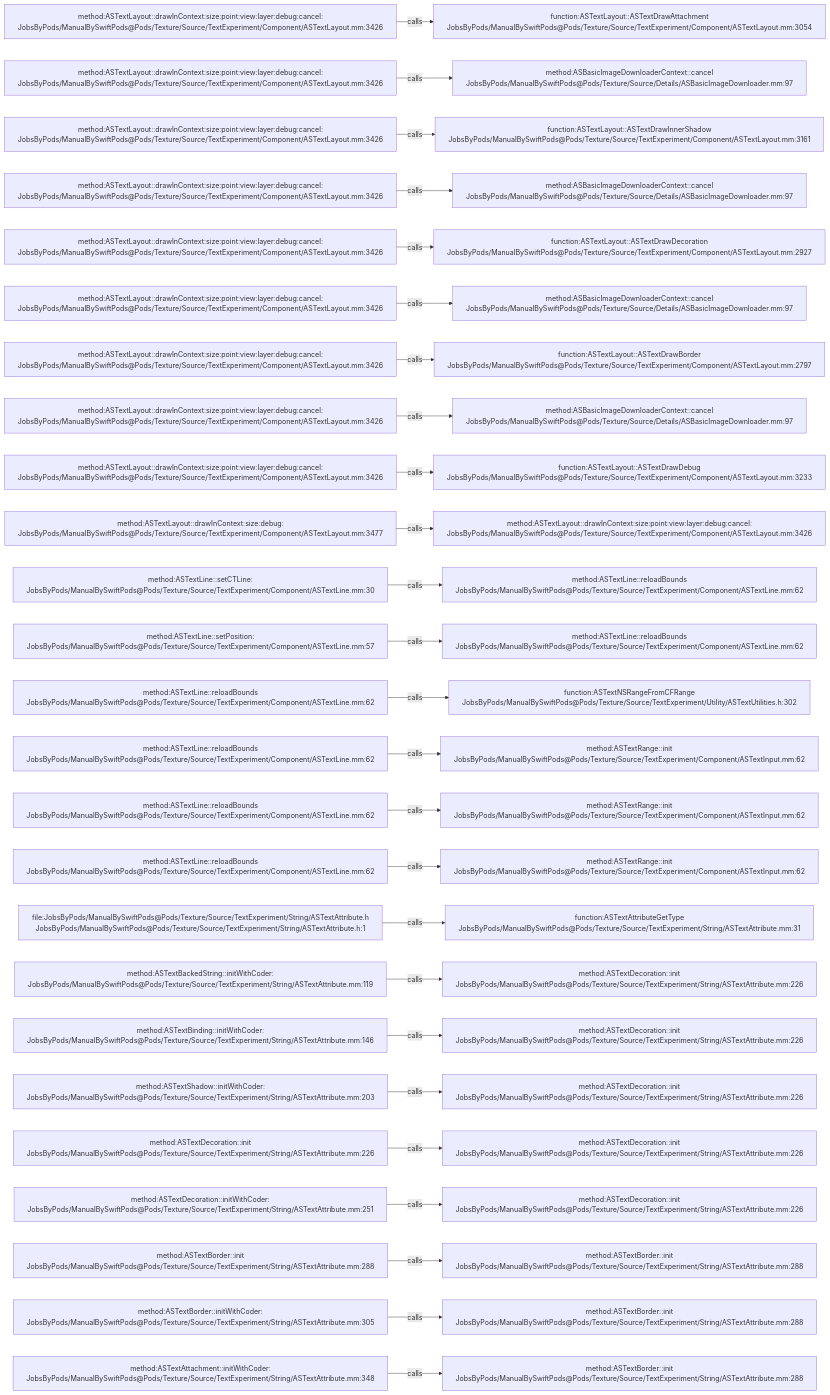
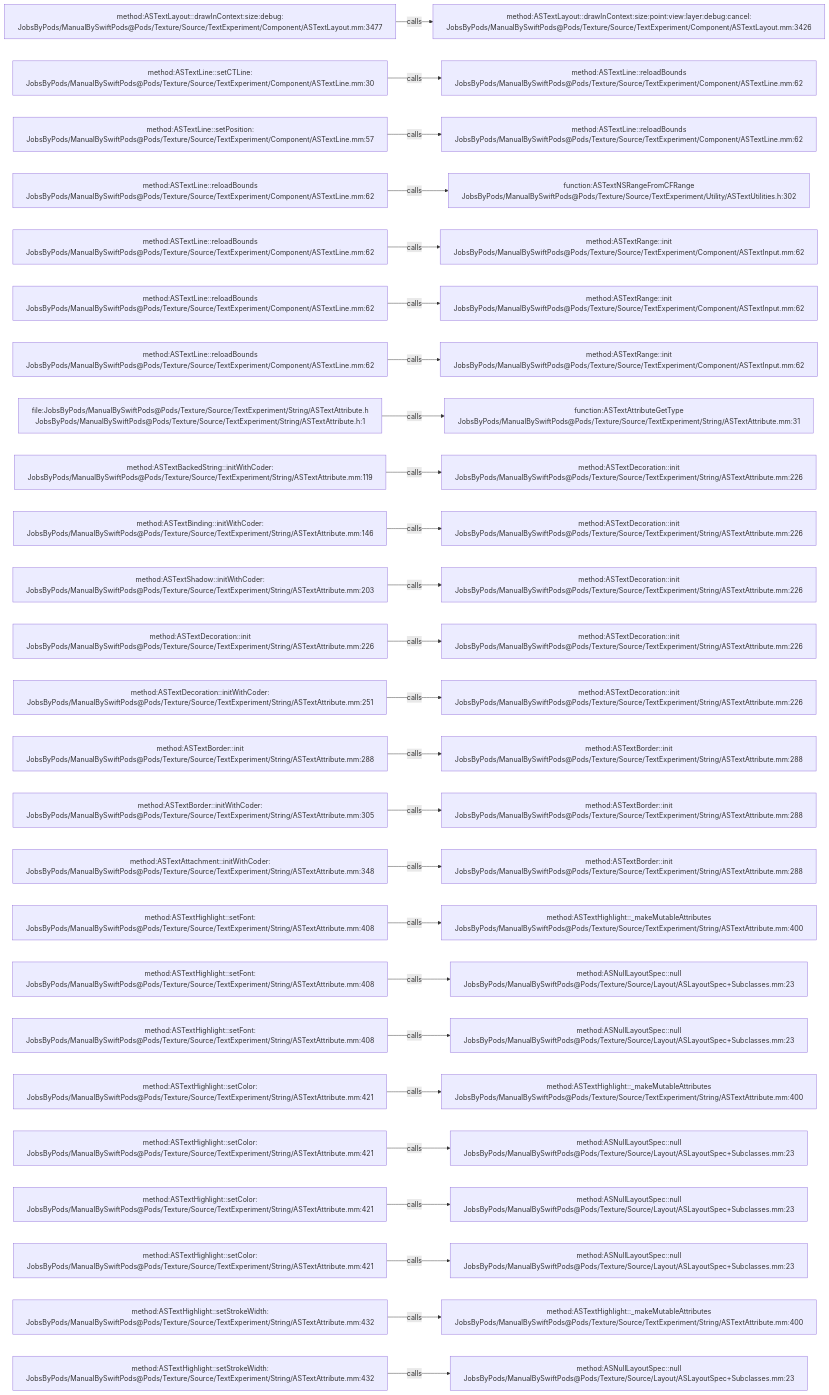
The diagram in .codegraph/codegraph.md/graphs/calls-138.md (JobsKits/JobsSwiftBaseConfigDemo), drawn with Mermaid before and after one commit. The commit also changed 707 other files, not shown here.

````diff
--- a/.codegraph/codegraph.md/graphs/calls-138.md
+++ b/.codegraph/codegraph.md/graphs/calls-138.md
@@ -13,78 +13,78 @@
 ```mermaid
 flowchart LR
-  S1["method:ASTextLayout::drawInContext:size:point:view:layer:debug:cancel:<br/>JobsByPods/ManualBySwiftPods@Pods/Texture/Source/TextExperiment/Component/ASTextLayout.mm:3426"]
-  T1["function:ASTextLayout::ASTextDrawAttachment<br/>JobsByPods/ManualBySwiftPods@Pods/Texture/Source/TextExperiment/Component/ASTextLayout.mm:3054"]
+  S1["method:ASTextLayout::drawInContext:size:debug:<br/>JobsByPods/ManualBySwiftPods@Pods/Texture/Source/TextExperiment/Component/ASTextLayout.mm:3477"]
+  T1["method:ASTextLayout::drawInContext:size:point:view:layer:debug:cancel:<br/>JobsByPods/ManualBySwiftPods@Pods/Texture/Source/TextExperiment/Component/ASTextLayout.mm:3426"]
   S1 -->|calls| T1
-  S2["method:ASTextLayout::drawInContext:size:point:view:layer:debug:cancel:<br/>JobsByPods/ManualBySwiftPods@Pods/Texture/Source/TextExperiment/Component/ASTextLayout.mm:3426"]
-  T2["method:ASBasicImageDownloaderContext::cancel<br/>JobsByPods/ManualBySwiftPods@Pods/Texture/Source/Details/ASBasicImageDownloader.mm:97"]
+  S2["method:ASTextLine::setCTLine:<br/>JobsByPods/ManualBySwiftPods@Pods/Texture/Source/TextExperiment/Component/ASTextLine.mm:30"]
+  T2["method:ASTextLine::reloadBounds<br/>JobsByPods/ManualBySwiftPods@Pods/Texture/Source/TextExperiment/Component/ASTextLine.mm:62"]
   S2 -->|calls| T2
-  S3["method:ASTextLayout::drawInContext:size:point:view:layer:debug:cancel:<br/>JobsByPods/ManualBySwiftPods@Pods/Texture/Source/TextExperiment/Component/ASTextLayout.mm:3426"]
-  T3["function:ASTextLayout::ASTextDrawInnerShadow<br/>JobsByPods/ManualBySwiftPods@Pods/Texture/Source/TextExperiment/Component/ASTextLayout.mm:3161"]
+  S3["method:ASTextLine::setPosition:<br/>JobsByPods/ManualBySwiftPods@Pods/Texture/Source/TextExperiment/Component/ASTextLine.mm:57"]
+  T3["method:ASTextLine::reloadBounds<br/>JobsByPods/ManualBySwiftPods@Pods/Texture/Source/TextExperiment/Component/ASTextLine.mm:62"]
   S3 -->|calls| T3
-  S4["method:ASTextLayout::drawInContext:size:point:view:layer:debug:cancel:<br/>JobsByPods/ManualBySwiftPods@Pods/Texture/Source/TextExperiment/Component/ASTextLayout.mm:3426"]
-  T4["method:ASBasicImageDownloaderContext::cancel<br/>JobsByPods/ManualBySwiftPods@Pods/Texture/Source/Details/ASBasicImageDownloader.mm:97"]
+  S4["method:ASTextLine::reloadBounds<br/>JobsByPods/ManualBySwiftPods@Pods/Texture/Source/TextExperiment/Component/ASTextLine.mm:62"]
+  T4["function:ASTextNSRangeFromCFRange<br/>JobsByPods/ManualBySwiftPods@Pods/Texture/Source/TextExperiment/Utility/ASTextUtilities.h:302"]
   S4 -->|calls| T4
-  S5["method:ASTextLayout::drawInContext:size:point:view:layer:debug:cancel:<br/>JobsByPods/ManualBySwiftPods@Pods/Texture/Source/TextExperiment/Component/ASTextLayout.mm:3426"]
-  T5["function:ASTextLayout::ASTextDrawDecoration<br/>JobsByPods/ManualBySwiftPods@Pods/Texture/Source/TextExperiment/Component/ASTextLayout.mm:2927"]
+  S5["method:ASTextLine::reloadBounds<br/>JobsByPods/ManualBySwiftPods@Pods/Texture/Source/TextExperiment/Component/ASTextLine.mm:62"]
+  T5["method:ASTextRange::init<br/>JobsByPods/ManualBySwiftPods@Pods/Texture/Source/TextExperiment/Component/ASTextInput.mm:62"]
   S5 -->|calls| T5
-  S6["method:ASTextLayout::drawInContext:size:point:view:layer:debug:cancel:<br/>JobsByPods/ManualBySwiftPods@Pods/Texture/Source/TextExperiment/Component/ASTextLayout.mm:3426"]
-  T6["method:ASBasicImageDownloaderContext::cancel<br/>JobsByPods/ManualBySwiftPods@Pods/Texture/Source/Details/ASBasicImageDownloader.mm:97"]
+  S6["method:ASTextLine::reloadBounds<br/>JobsByPods/ManualBySwiftPods@Pods/Texture/Source/TextExperiment/Component/ASTextLine.mm:62"]
+  T6["method:ASTextRange::init<br/>JobsByPods/ManualBySwiftPods@Pods/Texture/Source/TextExperiment/Component/ASTextInput.mm:62"]
   S6 -->|calls| T6
-  S7["method:ASTextLayout::drawInContext:size:point:view:layer:debug:cancel:<br/>JobsByPods/ManualBySwiftPods@Pods/Texture/Source/TextExperiment/Component/ASTextLayout.mm:3426"]
-  T7["function:ASTextLayout::ASTextDrawBorder<br/>JobsByPods/ManualBySwiftPods@Pods/Texture/Source/TextExperiment/Component/ASTextLayout.mm:2797"]
+  S7["method:ASTextLine::reloadBounds<br/>JobsByPods/ManualBySwiftPods@Pods/Texture/Source/TextExperiment/Component/ASTextLine.mm:62"]
+  T7["method:ASTextRange::init<br/>JobsByPods/ManualBySwiftPods@Pods/Texture/Source/TextExperiment/Component/ASTextInput.mm:62"]
   S7 -->|calls| T7
-  S8["method:ASTextLayout::drawInContext:size:point:view:layer:debug:cancel:<br/>JobsByPods/ManualBySwiftPods@Pods/Texture/Source/TextExperiment/Component/ASTextLayout.mm:3426"]
-  T8["method:ASBasicImageDownloaderContext::cancel<br/>JobsByPods/ManualBySwiftPods@Pods/Texture/Source/Details/ASBasicImageDownloader.mm:97"]
+  S8["file:JobsByPods/ManualBySwiftPods@Pods/Texture/Source/TextExperiment/String/ASTextAttribute.h<br/>JobsByPods/ManualBySwiftPods@Pods/Texture/Source/TextExperiment/String/ASTextAttribute.h:1"]
+  T8["function:ASTextAttributeGetType<br/>JobsByPods/ManualBySwiftPods@Pods/Texture/Source/TextExperiment/String/ASTextAttribute.mm:31"]
   S8 -->|calls| T8
-  S9["method:ASTextLayout::drawInContext:size:point:view:layer:debug:cancel:<br/>JobsByPods/ManualBySwiftPods@Pods/Texture/Source/TextExperiment/Component/ASTextLayout.mm:3426"]
-  T9["function:ASTextLayout::ASTextDrawDebug<br/>JobsByPods/ManualBySwiftPods@Pods/Texture/Source/TextExperiment/Component/ASTextLayout.mm:3233"]
+  S9["method:ASTextBackedString::initWithCoder:<br/>JobsByPods/ManualBySwiftPods@Pods/Texture/Source/TextExperiment/String/ASTextAttribute.mm:119"]
+  T9["method:ASTextDecoration::init<br/>JobsByPods/ManualBySwiftPods@Pods/Texture/Source/TextExperiment/String/ASTextAttribute.mm:226"]
   S9 -->|calls| T9
-  S10["method:ASTextLayout::drawInContext:size:debug:<br/>JobsByPods/ManualBySwiftPods@Pods/Texture/Source/TextExperiment/Component/ASTextLayout.mm:3477"]
-  T10["method:ASTextLayout::drawInContext:size:point:view:layer:debug:cancel:<br/>JobsByPods/ManualBySwiftPods@Pods/Texture/Source/TextExperiment/Component/ASTextLayout.mm:3426"]
+  S10["method:ASTextBinding::initWithCoder:<br/>JobsByPods/ManualBySwiftPods@Pods/Texture/Source/TextExperiment/String/ASTextAttribute.mm:146"]
+  T10["method:ASTextDecoration::init<br/>JobsByPods/ManualBySwiftPods@Pods/Texture/Source/TextExperiment/String/ASTextAttribute.mm:226"]
   S10 -->|calls| T10
-  S11["method:ASTextLine::setCTLine:<br/>JobsByPods/ManualBySwiftPods@Pods/Texture/Source/TextExperiment/Component/ASTextLine.mm:30"]
-  T11["method:ASTextLine::reloadBounds<br/>JobsByPods/ManualBySwiftPods@Pods/Texture/Source/TextExperiment/Component/ASTextLine.mm:62"]
+  S11["method:ASTextShadow::initWithCoder:<br/>JobsByPods/ManualBySwiftPods@Pods/Texture/Source/TextExperiment/String/ASTextAttribute.mm:203"]
+  T11["method:ASTextDecoration::init<br/>JobsByPods/ManualBySwiftPods@Pods/Texture/Source/TextExperiment/String/ASTextAttribute.mm:226"]
   S11 -->|calls| T11
-  S12["method:ASTextLine::setPosition:<br/>JobsByPods/ManualBySwiftPods@Pods/Texture/Source/TextExperiment/Component/ASTextLine.mm:57"]
-  T12["method:ASTextLine::reloadBounds<br/>JobsByPods/ManualBySwiftPods@Pods/Texture/Source/TextExperiment/Component/ASTextLine.mm:62"]
+  S12["method:ASTextDecoration::init<br/>JobsByPods/ManualBySwiftPods@Pods/Texture/Source/TextExperiment/String/ASTextAttribute.mm:226"]
+  T12["method:ASTextDecoration::init<br/>JobsByPods/ManualBySwiftPods@Pods/Texture/Source/TextExperiment/String/ASTextAttribute.mm:226"]
   S12 -->|calls| T12
-  S13["method:ASTextLine::reloadBounds<br/>JobsByPods/ManualBySwiftPods@Pods/Texture/Source/TextExperiment/Component/ASTextLine.mm:62"]
-  T13["function:ASTextNSRangeFromCFRange<br/>JobsByPods/ManualBySwiftPods@Pods/Texture/Source/TextExperiment/Utility/ASTextUtilities.h:302"]
+  S13["method:ASTextDecoration::initWithCoder:<br/>JobsByPods/ManualBySwiftPods@Pods/Texture/Source/TextExperiment/String/ASTextAttribute.mm:251"]
+  T13["method:ASTextDecoration::init<br/>JobsByPods/ManualBySwiftPods@Pods/Texture/Source/TextExperiment/String/ASTextAttribute.mm:226"]
   S13 -->|calls| T13
-  S14["method:ASTextLine::reloadBounds<br/>JobsByPods/ManualBySwiftPods@Pods/Texture/Source/TextExperiment/Component/ASTextLine.mm:62"]
-  T14["method:ASTextRange::init<br/>JobsByPods/ManualBySwiftPods@Pods/Texture/Source/TextExperiment/Component/ASTextInput.mm:62"]
+  S14["method:ASTextBorder::init<br/>JobsByPods/ManualBySwiftPods@Pods/Texture/Source/TextExperiment/String/ASTextAttribute.mm:288"]
+  T14["method:ASTextBorder::init<br/>JobsByPods/ManualBySwiftPods@Pods/Texture/Source/TextExperiment/String/ASTextAttribute.mm:288"]
   S14 -->|calls| T14
-  S15["method:ASTextLine::reloadBounds<br/>JobsByPods/ManualBySwiftPods@Pods/Texture/Source/TextExperiment/Component/ASTextLine.mm:62"]
-  T15["method:ASTextRange::init<br/>JobsByPods/ManualBySwiftPods@Pods/Texture/Source/TextExperiment/Component/ASTextInput.mm:62"]
+  S15["method:ASTextBorder::initWithCoder:<br/>JobsByPods/ManualBySwiftPods@Pods/Texture/Source/TextExperiment/String/ASTextAttribute.mm:305"]
+  T15["method:ASTextBorder::init<br/>JobsByPods/ManualBySwiftPods@Pods/Texture/Source/TextExperiment/String/ASTextAttribute.mm:288"]
   S15 -->|calls| T15
-  S16["method:ASTextLine::reloadBounds<br/>JobsByPods/ManualBySwiftPods@Pods/Texture/Source/TextExperiment/Component/ASTextLine.mm:62"]
-  T16["method:ASTextRange::init<br/>JobsByPods/ManualBySwiftPods@Pods/Texture/Source/TextExperiment/Component/ASTextInput.mm:62"]
+  S16["method:ASTextAttachment::initWithCoder:<br/>JobsByPods/ManualBySwiftPods@Pods/Texture/Source/TextExperiment/String/ASTextAttribute.mm:348"]
+  T16["method:ASTextBorder::init<br/>JobsByPods/ManualBySwiftPods@Pods/Texture/Source/TextExperiment/String/ASTextAttribute.mm:288"]
   S16 -->|calls| T16
-  S17["file:JobsByPods/ManualBySwiftPods@Pods/Texture/Source/TextExperiment/String/ASTextAttribute.h<br/>JobsByPods/ManualBySwiftPods@Pods/Texture/Source/TextExperiment/String/ASTextAttribute.h:1"]
-  T17["function:ASTextAttributeGetType<br/>JobsByPods/ManualBySwiftPods@Pods/Texture/Source/TextExperiment/String/ASTextAttribute.mm:31"]
+  S17["method:ASTextHighlight::setFont:<br/>JobsByPods/ManualBySwiftPods@Pods/Texture/Source/TextExperiment/String/ASTextAttribute.mm:408"]
+  T17["method:ASTextHighlight::_makeMutableAttributes<br/>JobsByPods/ManualBySwiftPods@Pods/Texture/Source/TextExperiment/String/ASTextAttribute.mm:400"]
   S17 -->|calls| T17
-  S18["method:ASTextBackedString::initWithCoder:<br/>JobsByPods/ManualBySwiftPods@Pods/Texture/Source/TextExperiment/String/ASTextAttribute.mm:119"]
-  T18["method:ASTextDecoration::init<br/>JobsByPods/ManualBySwiftPods@Pods/Texture/Source/TextExperiment/String/ASTextAttribute.mm:226"]
+  S18["method:ASTextHighlight::setFont:<br/>JobsByPods/ManualBySwiftPods@Pods/Texture/Source/TextExperiment/String/ASTextAttribute.mm:408"]
+  T18["method:ASNullLayoutSpec::null<br/>JobsByPods/ManualBySwiftPods@Pods/Texture/Source/Layout/ASLayoutSpec+Subclasses.mm:23"]
   S18 -->|calls| T18
-  S19["method:ASTextBinding::initWithCoder:<br/>JobsByPods/ManualBySwiftPods@Pods/Texture/Source/TextExperiment/String/ASTextAttribute.mm:146"]
-  T19["method:ASTextDecoration::init<br/>JobsByPods/ManualBySwiftPods@Pods/Texture/Source/TextExperiment/String/ASTextAttribute.mm:226"]
+  S19["method:ASTextHighlight::setFont:<br/>JobsByPods/ManualBySwiftPods@Pods/Texture/Source/TextExperiment/String/ASTextAttribute.mm:408"]
+  T19["method:ASNullLayoutSpec::null<br/>JobsByPods/ManualBySwiftPods@Pods/Texture/Source/Layout/ASLayoutSpec+Subclasses.mm:23"]
   S19 -->|calls| T19
-  S20["method:ASTextShadow::initWithCoder:<br/>JobsByPods/ManualBySwiftPods@Pods/Texture/Source/TextExperiment/String/ASTextAttribute.mm:203"]
-  T20["method:ASTextDecoration::init<br/>JobsByPods/ManualBySwiftPods@Pods/Texture/Source/TextExperiment/String/ASTextAttribute.mm:226"]
+  S20["method:ASTextHighlight::setColor:<br/>JobsByPods/ManualBySwiftPods@Pods/Texture/Source/TextExperiment/String/ASTextAttribute.mm:421"]
+  T20["method:ASTextHighlight::_makeMutableAttributes<br/>JobsByPods/ManualBySwiftPods@Pods/Texture/Source/TextExperiment/String/ASTextAttribute.mm:400"]
   S20 -->|calls| T20
-  S21["method:ASTextDecoration::init<br/>JobsByPods/ManualBySwiftPods@Pods/Texture/Source/TextExperiment/String/ASTextAttribute.mm:226"]
-  T21["method:ASTextDecoration::init<br/>JobsByPods/ManualBySwiftPods@Pods/Texture/Source/TextExperiment/String/ASTextAttribute.mm:226"]
+  S21["method:ASTextHighlight::setColor:<br/>JobsByPods/ManualBySwiftPods@Pods/Texture/Source/TextExperiment/String/ASTextAttribute.mm:421"]
+  T21["method:ASNullLayoutSpec::null<br/>JobsByPods/ManualBySwiftPods@Pods/Texture/Source/Layout/ASLayoutSpec+Subclasses.mm:23"]
   S21 -->|calls| T21
-  S22["method:ASTextDecoration::initWithCoder:<br/>JobsByPods/ManualBySwiftPods@Pods/Texture/Source/TextExperiment/String/ASTextAttribute.mm:251"]
-  T22["method:ASTextDecoration::init<br/>JobsByPods/ManualBySwiftPods@Pods/Texture/Source/TextExperiment/String/ASTextAttribute.mm:226"]
+  S22["method:ASTextHighlight::setColor:<br/>JobsByPods/ManualBySwiftPods@Pods/Texture/Source/TextExperiment/String/ASTextAttribute.mm:421"]
+  T22["method:ASNullLayoutSpec::null<br/>JobsByPods/ManualBySwiftPods@Pods/Texture/Source/Layout/ASLayoutSpec+Subclasses.mm:23"]
   S22 -->|calls| T22
-  S23["method:ASTextBorder::init<br/>JobsByPods/ManualBySwiftPods@Pods/Texture/Source/TextExperiment/String/ASTextAttribute.mm:288"]
-  T23["method:ASTextBorder::init<br/>JobsByPods/ManualBySwiftPods@Pods/Texture/Source/TextExperiment/String/ASTextAttribute.mm:288"]
+  S23["method:ASTextHighlight::setColor:<br/>JobsByPods/ManualBySwiftPods@Pods/Texture/Source/TextExperiment/String/ASTextAttribute.mm:421"]
+  T23["method:ASNullLayoutSpec::null<br/>JobsByPods/ManualBySwiftPods@Pods/Texture/Source/Layout/ASLayoutSpec+Subclasses.mm:23"]
   S23 -->|calls| T23
-  S24["method:ASTextBorder::initWithCoder:<br/>JobsByPods/ManualBySwiftPods@Pods/Texture/Source/TextExperiment/String/ASTextAttribute.mm:305"]
-  T24["method:ASTextBorder::init<br/>JobsByPods/ManualBySwiftPods@Pods/Texture/Source/TextExperiment/String/ASTextAttribute.mm:288"]
+  S24["method:ASTextHighlight::setStrokeWidth:<br/>JobsByPods/ManualBySwiftPods@Pods/Texture/Source/TextExperiment/String/ASTextAttribute.mm:432"]
+  T24["method:ASTextHighlight::_makeMutableAttributes<br/>JobsByPods/ManualBySwiftPods@Pods/Texture/Source/TextExperiment/String/ASTextAttribute.mm:400"]
   S24 -->|calls| T24
-  S25["method:ASTextAttachment::initWithCoder:<br/>JobsByPods/ManualBySwiftPods@Pods/Texture/Source/TextExperiment/String/ASTextAttribute.mm:348"]
-  T25["method:ASTextBorder::init<br/>JobsByPods/ManualBySwiftPods@Pods/Texture/Source/TextExperiment/String/ASTextAttribute.mm:288"]
+  S25["method:ASTextHighlight::setStrokeWidth:<br/>JobsByPods/ManualBySwiftPods@Pods/Texture/Source/TextExperiment/String/ASTextAttribute.mm:432"]
+  T25["method:ASNullLayoutSpec::null<br/>JobsByPods/ManualBySwiftPods@Pods/Texture/Source/Layout/ASLayoutSpec+Subclasses.mm:23"]
   S25 -->|calls| T25
 ```
````
